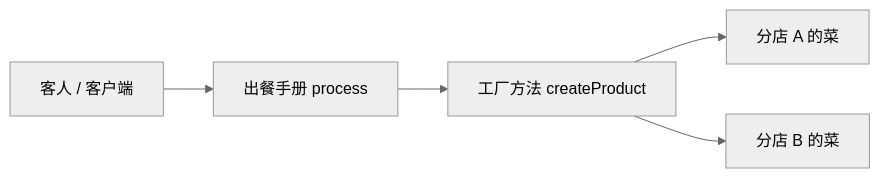
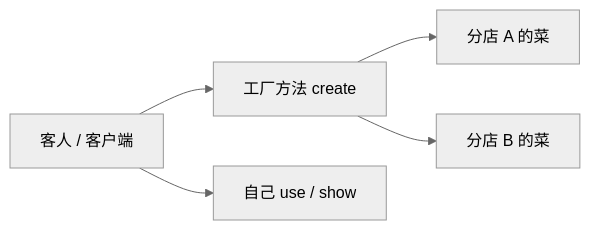
One commit to zackdlut/design_pattern changed the first of 9 diagrams in docs/creational/factory_method.md. Above: the diagram before and after it, drawn with Mermaid (neutral theme). The commit also changed other lines of this file and 12 other files, not shown here.

````diff
--- a/docs/creational/factory_method.md
+++ b/docs/creational/factory_method.md
@@ -18,7 +18,7 @@
 ```mermaid
 flowchart LR
-  C[客人 / 客户端] --> P[出餐手册 process]
-  P --> F[工厂方法 createProduct]
+  C[客人 / 客户端] --> F[工厂方法 create]
   F --> A[分店 A 的菜]
   F --> B[分店 B 的菜]
+  C --> U[自己 use / show]
 ```
````
